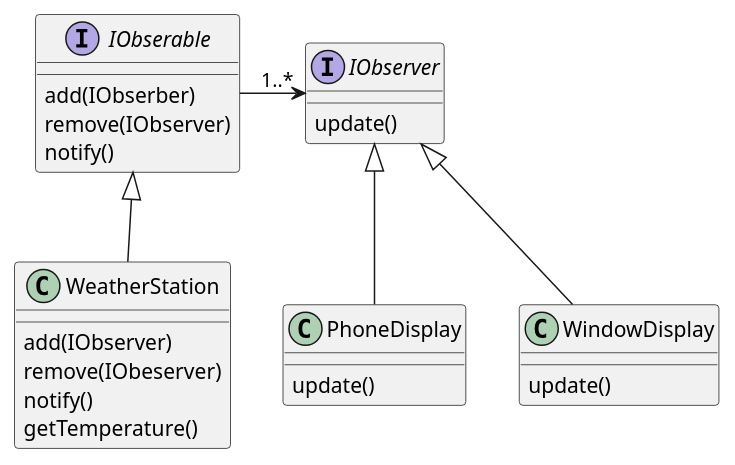
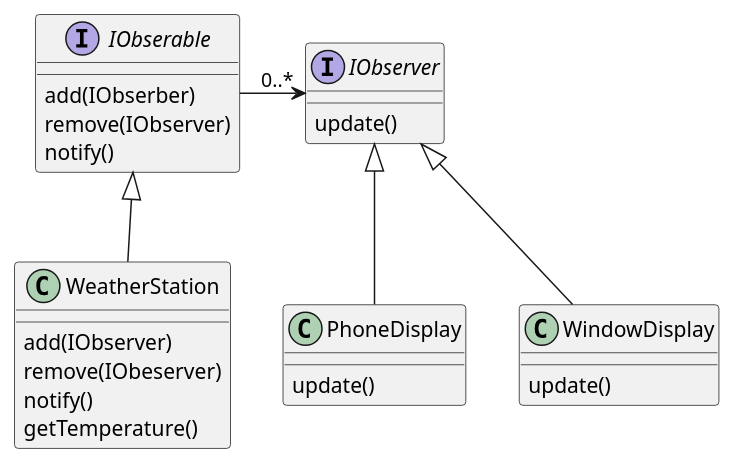
Before and after one commit to battlerhythm/battlerhythm.github.io: the diagram in assets/umls/observer-pattern.puml, drawn with PlantUML.

```diff
--- a/assets/umls/observer-pattern.puml
+++ b/assets/umls/observer-pattern.puml
@@ -1,35 +1,35 @@
 @startuml
 
 interface IObserable {
   add(IObserber)
   remove(IObserver)
   notify()
 }
 
 interface IObserver {
   update()
 }
 
 class WeatherStation {
   add(IObserver)
   remove(IObeserver)
   notify()
   getTemperature()
 }
 
 class PhoneDisplay {
   update()
 }
 
 class WindowDisplay {
   update()
 }
 
-IObserable -> "1..*" IObserver
+IObserable -> "0..*" IObserver
 
 IObserable <|-- WeatherStation
 IObserver <|-- PhoneDisplay
 IObserver <|-- WindowDisplay
 
 
 @enduml
```
